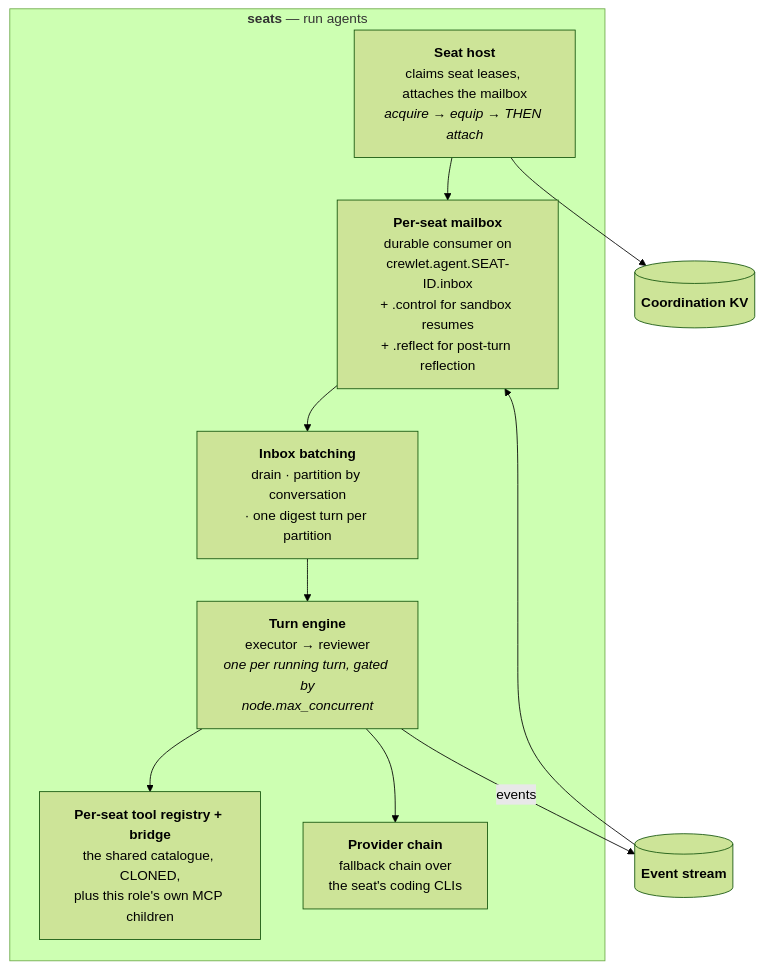
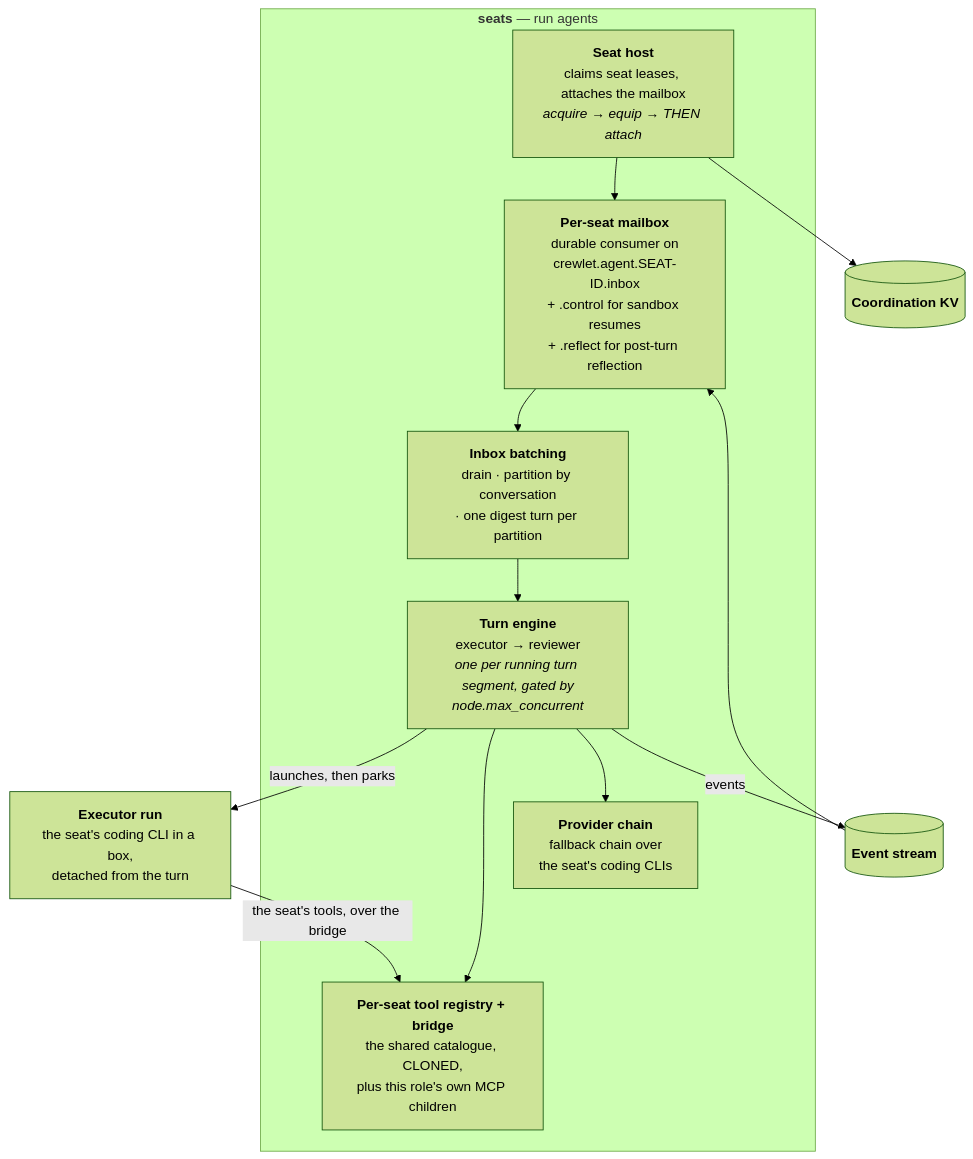
One commit to crewlet/crewlet changed the fourth of 10 diagrams in docs/concepts/architecture.md. Above: the diagram before and after it, drawn with Mermaid (forest theme). The commit also changed other lines of this file and 23 other files, not shown here.

````diff
--- a/docs/concepts/architecture.md
+++ b/docs/concepts/architecture.md
@@ -217,21 +219,24 @@
 ```mermaid
 flowchart TB
     subgraph seats["<b>seats</b> — run agents"]
         CLAIM["<b>Seat host</b><br/>claims seat leases, attaches the mailbox<br/><i>acquire → equip → THEN attach</i>"]
         MBOX["<b>Per-seat mailbox</b><br/>durable consumer on<br/>crewlet.agent.SEAT-ID.inbox<br/>+ .control for sandbox resumes<br/>+ .reflect for post-turn reflection"]
         BATCH["<b>Inbox batching</b><br/>drain · partition by conversation<br/>· one digest turn per partition"]
-        TURN["<b>Turn engine</b><br/>executor → reviewer<br/><i>one per running turn, gated by<br/>node.max_concurrent</i>"]
+        TURN["<b>Turn engine</b><br/>executor → reviewer<br/><i>one per running turn segment, gated by<br/>node.max_concurrent</i>"]
         REG["<b>Per-seat tool registry + bridge</b><br/>the shared catalogue, CLONED,<br/>plus this role's own MCP children"]
         PROV["<b>Provider chain</b><br/>fallback chain over<br/>the seat's coding CLIs"]
     end
     STREAM[("<b>Event stream</b>")]
     KV[("<b>Coordination KV</b>")]
+    RUN["<b>Executor run</b><br/>the seat's coding CLI in a box,<br/>detached from the turn"]
 
     STREAM --> MBOX
     MBOX --> BATCH --> TURN
+    TURN -->|"launches, then parks"| RUN
+    RUN -->|"the seat's tools, over the bridge"| REG
     TURN --> REG
     TURN --> PROV
     TURN -->|events| STREAM
     CLAIM --> MBOX
     CLAIM --> KV
 ```
````
